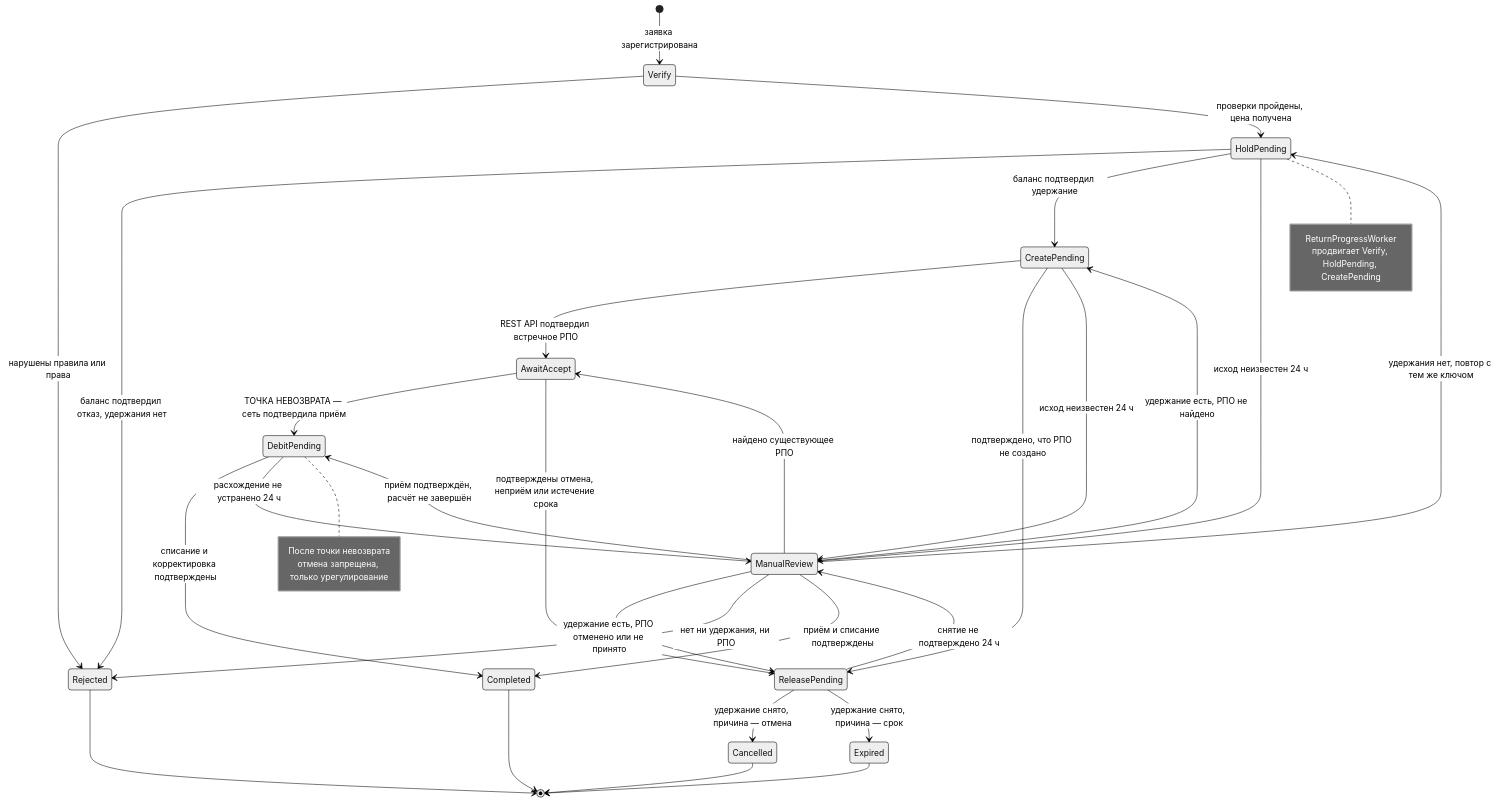
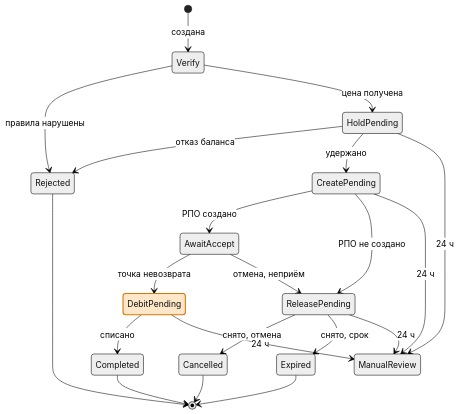
The first of 2 diagrams in submissions/ketrinekrutova/lr2/b-states.md (ketrinekrutova/Innopolis_Postal-Business-Platform), drawn with Mermaid (neutral theme) before and after one commit. The commit also changed other lines of this file, not shown here.

Commit message:
З-6: упростить схему машины состояний

````diff
--- a/submissions/ketrinekrutova/lr2/b-states.md
+++ b/submissions/ketrinekrutova/lr2/b-states.md
@@ -13,39 +17,26 @@
 ```mermaid
 stateDiagram-v2
-  [*] --> Verify: заявка зарегистрирована
-  Verify --> Rejected: нарушены правила или права
-  Verify --> HoldPending: проверки пройдены, цена получена
-  HoldPending --> Rejected: баланс подтвердил отказ, удержания нет
-  HoldPending --> CreatePending: баланс подтвердил удержание
-  HoldPending --> ManualReview: исход неизвестен 24 ч
-  CreatePending --> AwaitAccept: REST API подтвердил встречное РПО
-  CreatePending --> ReleasePending: подтверждено, что РПО не создано
-  CreatePending --> ManualReview: исход неизвестен 24 ч
-  AwaitAccept --> DebitPending: ТОЧКА НЕВОЗВРАТА — сеть подтвердила приём
-  AwaitAccept --> ReleasePending: подтверждены отмена, неприём или истечение срока
-  DebitPending --> Completed: списание и корректировка подтверждены
-  DebitPending --> ManualReview: расхождение не устранено 24 ч
-  ReleasePending --> Cancelled: удержание снято, причина — отмена
-  ReleasePending --> Expired: удержание снято, причина — срок
-  ReleasePending --> ManualReview: снятие не подтверждено 24 ч
-  ManualReview --> HoldPending: удержания нет, повтор с тем же ключом
-  ManualReview --> CreatePending: удержание есть, РПО не найдено
-  ManualReview --> AwaitAccept: найдено существующее РПО
-  ManualReview --> DebitPending: приём подтверждён, расчёт не завершён
-  ManualReview --> ReleasePending: удержание есть, РПО отменено или не принято
-  ManualReview --> Rejected: нет ни удержания, ни РПО
-  ManualReview --> Completed: приём и списание подтверждены
+  [*] --> Verify: создана
+  Verify --> Rejected: правила нарушены
+  Verify --> HoldPending: цена получена
+  HoldPending --> Rejected: отказ баланса
+  HoldPending --> CreatePending: удержано
+  CreatePending --> AwaitAccept: РПО создано
+  CreatePending --> ReleasePending: РПО не создано
+  AwaitAccept --> DebitPending: точка невозврата
+  AwaitAccept --> ReleasePending: отмена, неприём
+  DebitPending --> Completed: списано
+  ReleasePending --> Cancelled: снято, отмена
+  ReleasePending --> Expired: снято, срок
+  HoldPending --> ManualReview: 24 ч
+  CreatePending --> ManualReview: 24 ч
+  DebitPending --> ManualReview: 24 ч
+  ReleasePending --> ManualReview: 24 ч
   Rejected --> [*]
   Cancelled --> [*]
   Expired --> [*]
   Completed --> [*]
 
-  note right of HoldPending
-    ReturnProgressWorker
-    продвигает Verify, HoldPending, CreatePending
-  end note
-  note right of DebitPending
-    После точки невозврата
-    отмена запрещена, только урегулирование
-  end note
+  classDef pnr fill:#fde7c8,stroke:#d97706,stroke-width:2px,color:#111
+  class DebitPending pnr
 ```
````
